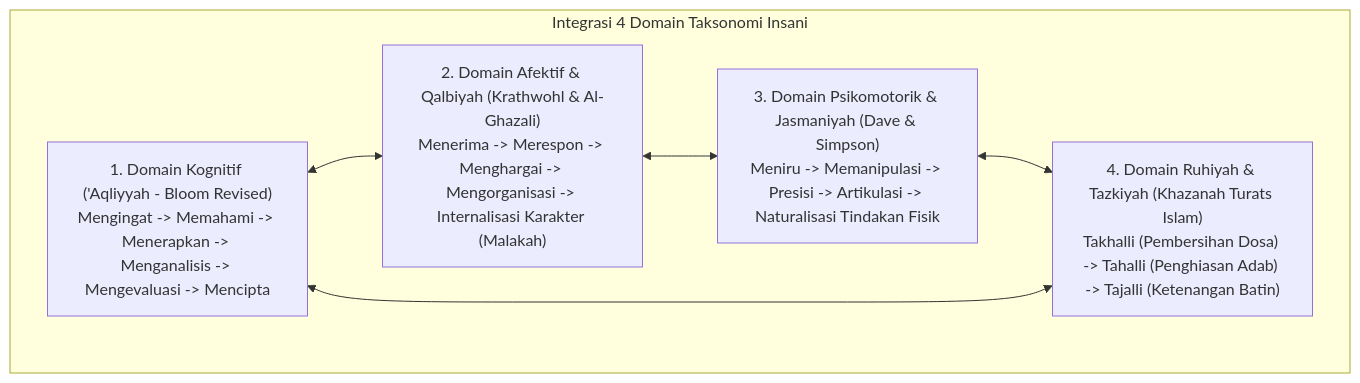
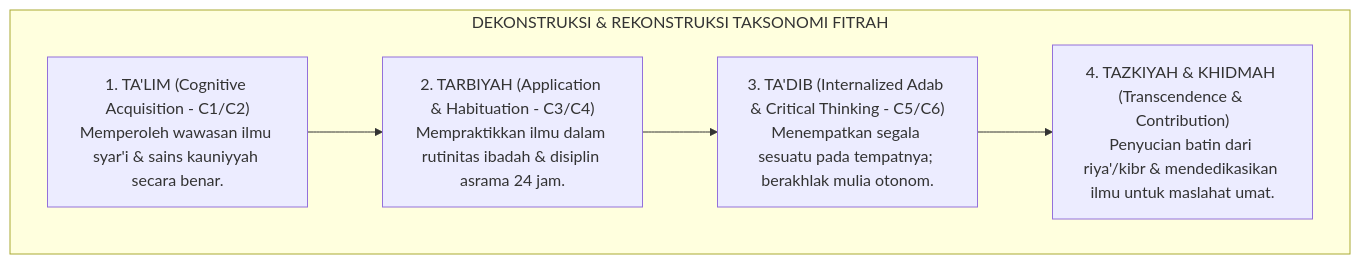
One commit to wandiapriliyandi/tumbuh changed the third of 4 diagrams in 03 Capacity Framework/02 Character Architecture/P3-02-03-Penyelarasan-Taksonomi-Bloom-dan-Fitrah.md. Above: the diagram before and after it, drawn with Mermaid. The commit also changed other lines of this file and 25 other files, not shown here.

````diff
--- a/03 Capacity Framework/02 Character Architecture/P3-02-03-Penyelarasan-Taksonomi-Bloom-dan-Fitrah.md
+++ b/03 Capacity Framework/02 Character Architecture/P3-02-03-Penyelarasan-Taksonomi-Bloom-dan-Fitrah.md
@@ -10,14 +97,14 @@
 ```mermaid
-graph TD
-    subgraph Taksonomi_TUMBUH["Integrasi 4 Domain Taksonomi Insani"]
-        D1["1. Domain Kognitif ('Aqliyyah - Bloom Revised)<br/>Mengingat -> Memahami -> Menerapkan -> Menganalisis -> Mengevaluasi -> Mencipta"]
-        D2["2. Domain Afektif & Qalbiyah (Krathwohl & Al-Ghazali)<br/>Menerima -> Merespon -> Menghargai -> Mengorganisasi -> Internalisasi Karakter (Malakah)"]
-        D3["3. Domain Psikomotorik & Jasmaniyah (Dave & Simpson)<br/>Meniru -> Memanipulasi -> Presisi -> Artikulasi -> Naturalisasi Tindakan Fisik"]
-        D4["4. Domain Ruhiyah & Tazkiyah (Khazanah Turats Islam)<br/>Takhalli (Pembersihan Dosa) -> Tahalli (Penghiasan Adab) -> Tajalli (Ketenangan Batin)"]
-
-        D1 <--> D2
-        D2 <--> D3
-        D3 <--> D4
-        D4 <--> D1
+flowchart TD
+    subgraph DekonstruksiTaksonomiBarat["DEKONSTRUKSI & REKONSTRUKSI TAKSONOMI FITRAH"]
+        Level1["1. TA'LIM (Cognitive Acquisition - C1/C2)<br/>Memperoleh wawasan ilmu syar'i & sains kauniyyah secara benar."]
+        
+        Level2["2. TARBIYAH (Application & Habituation - C3/C4)<br/>Mempraktikkan ilmu dalam rutinitas ibadah & disiplin asrama 24 jam."]
+        
+        Level3["3. TA'DIB (Internalized Adab & Critical Thinking - C5/C6)<br/>Menempatkan segala sesuatu pada tempatnya; berakhlak mulia otonom."]
+        
+        Level4["4. TAZKIYAH & KHIDMAH (Transcendence & Contribution)<br/>Penyucian batin dari riya'/kibr & mendedikasikan ilmu untuk maslahat umat."]
+        
+        Level1 --> Level2 --> Level3 --> Level4
     end
 ```
````
